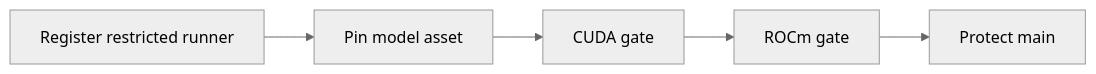
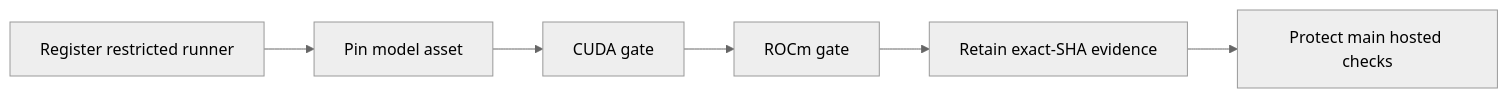
Before and after one commit to anvai-labs/inferflux: the diagram in docs/GPU_CI_BOOTSTRAP.md, drawn with Mermaid (neutral theme). The commit also changed other lines of this file and 11 other files, not shown here.

````diff
--- a/docs/GPU_CI_BOOTSTRAP.md
+++ b/docs/GPU_CI_BOOTSTRAP.md
@@ -5,7 +5,8 @@
 ```mermaid
 flowchart LR
   A[Register restricted runner] --> B[Pin model asset]
   B --> C[CUDA gate]
   C --> D[ROCm gate]
-  D --> E[Protect main]
+  D --> E[Retain exact-SHA evidence]
+  E --> F[Protect main hosted checks]
 ```
````
